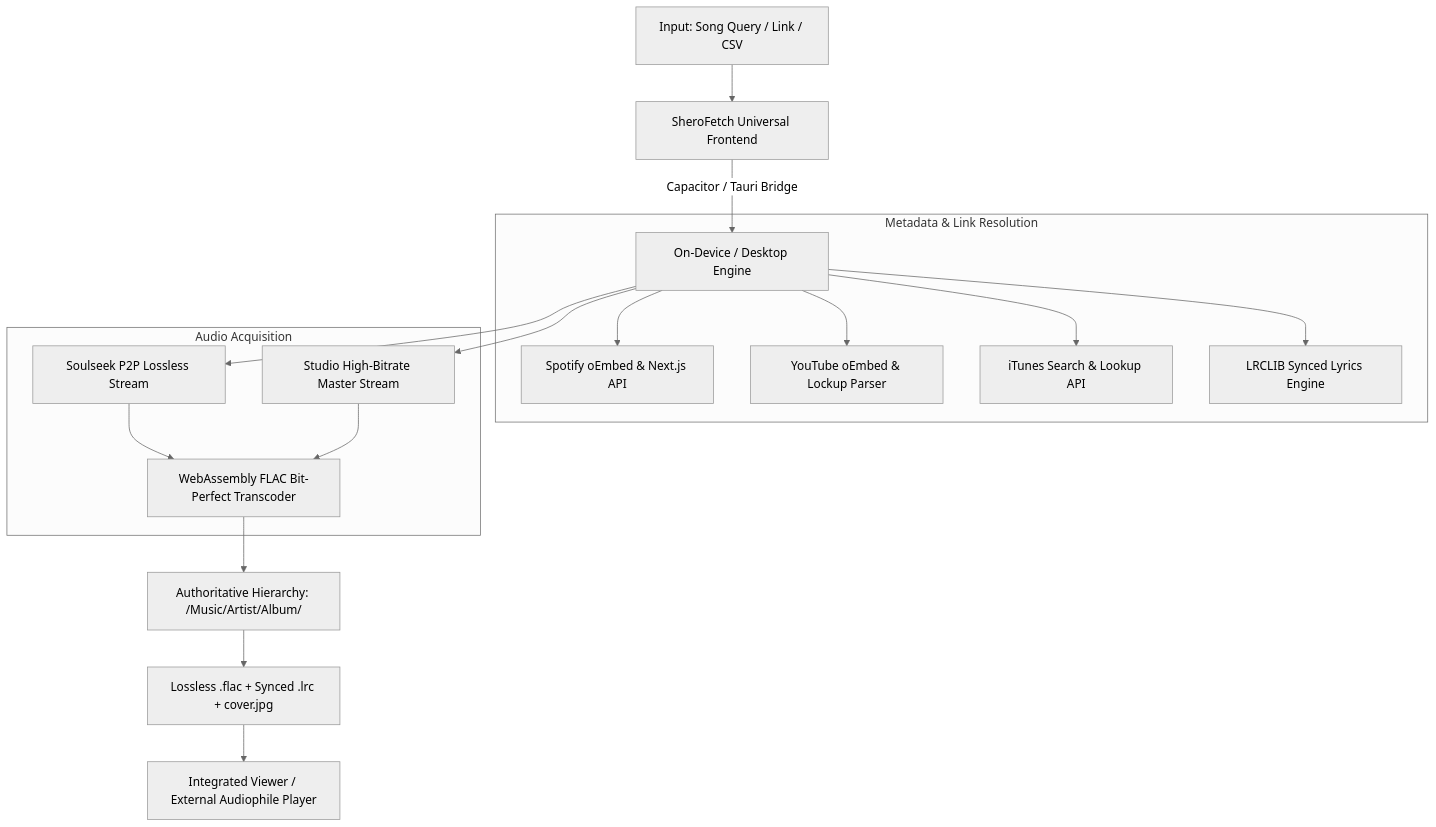
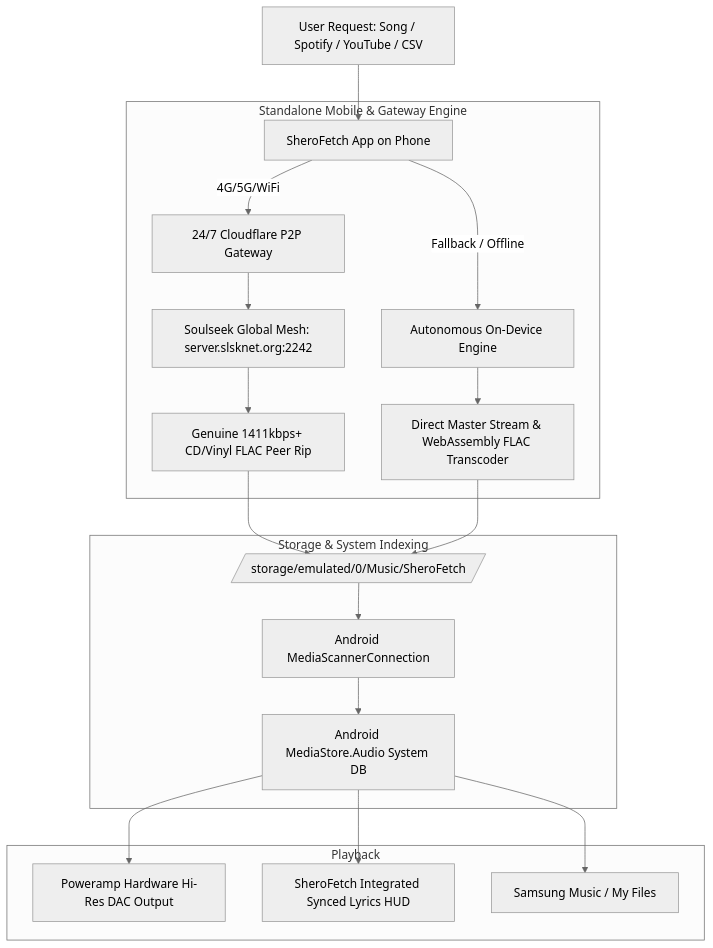
Before and after one commit to meet-the-1337/SheroFetch: the diagram in README.md, drawn with Mermaid (neutral theme). The commit also changed other lines of this file and 24 other files, not shown here.

Commit message:
feat(v2.5.0): universal cloud P2P gateway, on-device flash scanner, MediaStore sync, and Poweramp tutorial

````diff
--- a/README.md
+++ b/README.md
@@ -164,22 +109,25 @@
 ```mermaid
 graph TD
-    A[Input: Song Query / Link / CSV] --> B[SheroFetch Universal Frontend]
-    B -->|Capacitor / Tauri Bridge| C[On-Device / Desktop Engine]
+    A[User Request: Song / Spotify / YouTube / CSV] --> B[SheroFetch App on Phone]
     
-    subgraph Metadata & Link Resolution
-        C --> D[Spotify oEmbed & Next.js API]
-        C --> E[YouTube oEmbed & Lockup Parser]
-        C --> F[iTunes Search & Lookup API]
-        C --> G[LRCLIB Synced Lyrics Engine]
+    subgraph Standalone Mobile & Gateway Engine
+        B -->|4G/5G/WiFi| C[24/7 Cloudflare P2P Gateway]
+        C --> D[Soulseek Global Mesh: server.slsknet.org:2242]
+        D --> E[Genuine 1411kbps+ CD/Vinyl FLAC Peer Rip]
+        
+        B -->|Fallback / Offline| F[Autonomous On-Device Engine]
+        F --> G[Direct Master Stream & WebAssembly FLAC Transcoder]
     end
     
-    subgraph Audio Acquisition
-        C --> H[Soulseek P2P Lossless Stream]
-        C --> I[Studio High-Bitrate Master Stream]
-        H & I --> J[WebAssembly FLAC Bit-Perfect Transcoder]
+    subgraph Storage & System Indexing
+        E & G --> H[/storage/emulated/0/Music/SheroFetch/]
+        H --> I[Android MediaScannerConnection]
+        I --> J[Android MediaStore.Audio System DB]
     end
     
-    J --> K[Authoritative Hierarchy: /Music/Artist/Album/]
-    K --> L[Lossless .flac + Synced .lrc + cover.jpg]
-    L --> M[Integrated Viewer / External Audiophile Player]
+    subgraph Playback
+        J --> K[Poweramp Hardware Hi-Res DAC Output]
+        J --> L[SheroFetch Integrated Synced Lyrics HUD]
+        J --> M[Samsung Music / My Files]
+    end
 ```
````
